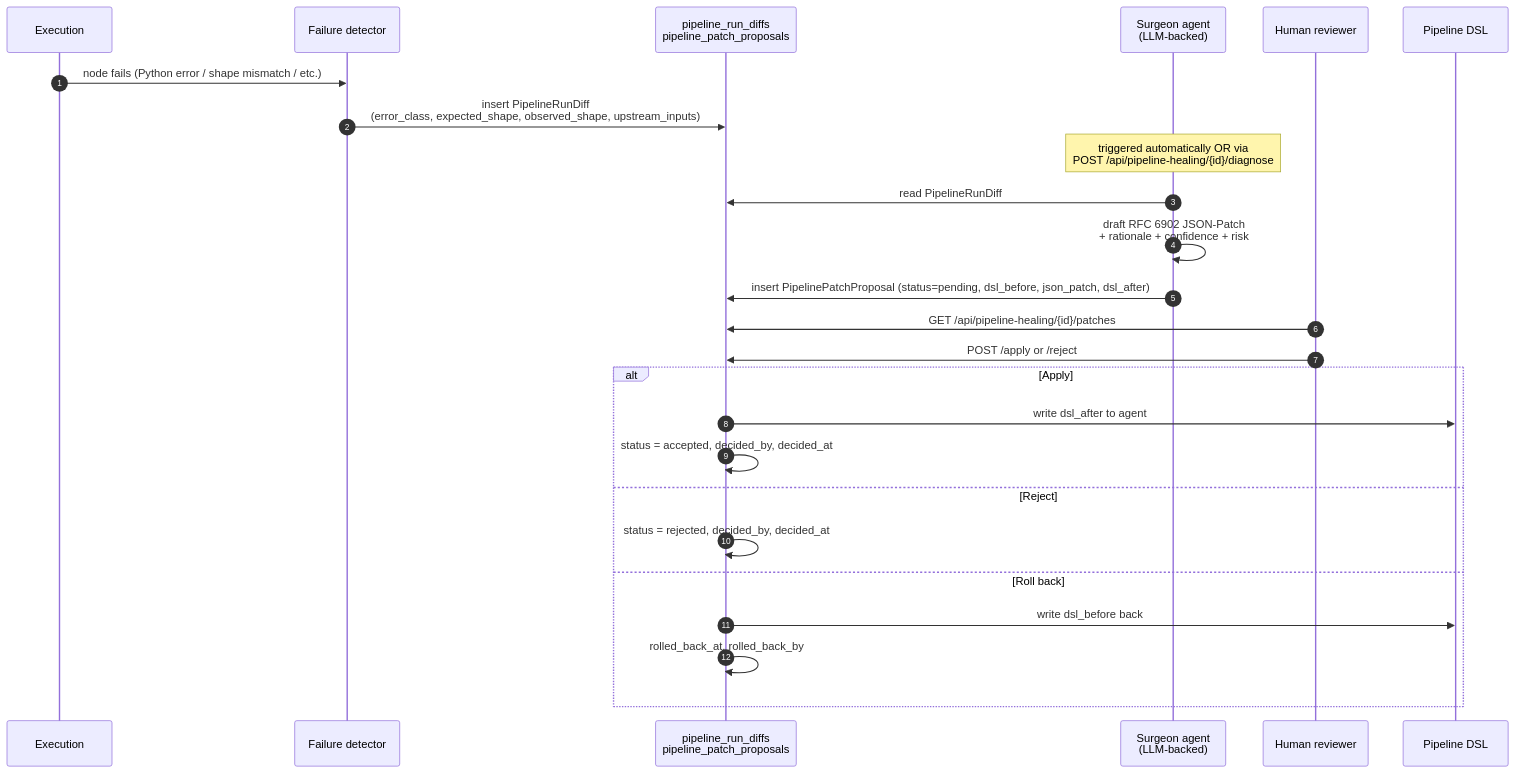
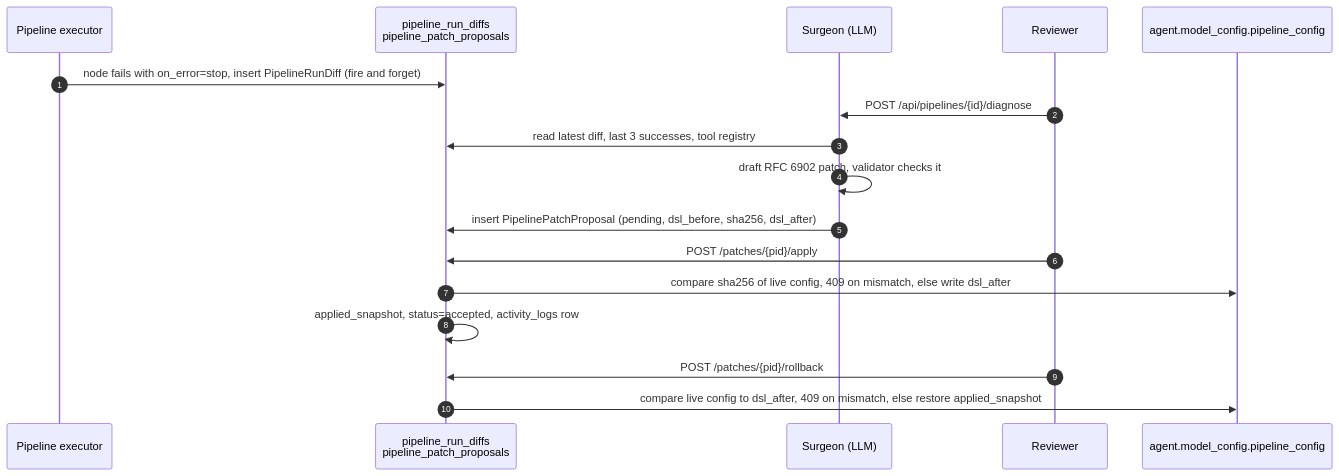
One commit to sarkar4777/abenix changed the diagram in apps/web/public/dev-docs/02-runtime/10-pipeline-healing-drift.md. Above: the diagram before and after it, drawn with Mermaid. The commit also changed other lines of this file and 245 other files, not shown here.

````diff
--- a/apps/web/public/dev-docs/02-runtime/10-pipeline-healing-drift.md
+++ b/apps/web/public/dev-docs/02-runtime/10-pipeline-healing-drift.md
@@ -12,28 +26,20 @@
 ```mermaid
 sequenceDiagram
   autonumber
-  participant E as Execution
-  participant DET as Failure detector
+  participant E as Pipeline executor
   participant DB as pipeline_run_diffs<br/>pipeline_patch_proposals
-  participant SU as Surgeon agent<br/>(LLM-backed)
-  participant U as Human reviewer
-  participant P as Pipeline DSL
+  participant SU as Surgeon (LLM)
+  participant U as Reviewer
+  participant P as agent.model_config.pipeline_config
 
-  E->>DET: node fails (Python error / shape mismatch / etc.)
-  DET->>DB: insert PipelineRunDiff<br/>(error_class, expected_shape, observed_shape, upstream_inputs)
-  Note over SU: triggered automatically OR via<br/>POST /api/pipeline-healing/{id}/diagnose
-  SU->>DB: read PipelineRunDiff
-  SU->>SU: draft RFC 6902 JSON-Patch<br/>+ rationale + confidence + risk
-  SU->>DB: insert PipelinePatchProposal (status=pending, dsl_before, json_patch, dsl_after)
-  U->>DB: GET /api/pipeline-healing/{id}/patches
-  U->>DB: POST /apply or /reject
-  alt Apply
-    DB->>P: write dsl_after to agent
-    DB->>DB: status = accepted, decided_by, decided_at
-  else Reject
-    DB->>DB: status = rejected, decided_by, decided_at
-  else Roll back
-    DB->>P: write dsl_before back
-    DB->>DB: rolled_back_at, rolled_back_by
-  end
+  E->>DB: node fails with on_error=stop, insert PipelineRunDiff (fire and forget)
+  U->>SU: POST /api/pipelines/{id}/diagnose
+  SU->>DB: read latest diff, last 3 successes, tool registry
+  SU->>SU: draft RFC 6902 patch, validator checks it
+  SU->>DB: insert PipelinePatchProposal (pending, dsl_before, sha256, dsl_after)
+  U->>DB: POST /patches/{pid}/apply
+  DB->>P: compare sha256 of live config, 409 on mismatch, else write dsl_after
+  DB->>DB: applied_snapshot, status=accepted, activity_logs row
+  U->>DB: POST /patches/{pid}/rollback
+  DB->>P: compare live config to dsl_after, 409 on mismatch, else restore applied_snapshot
 ```
````
